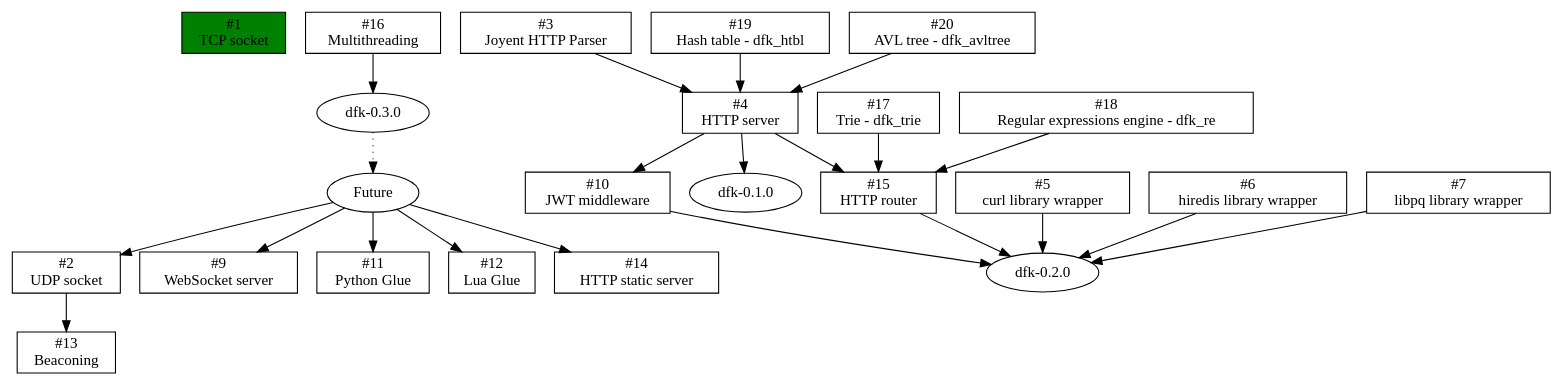
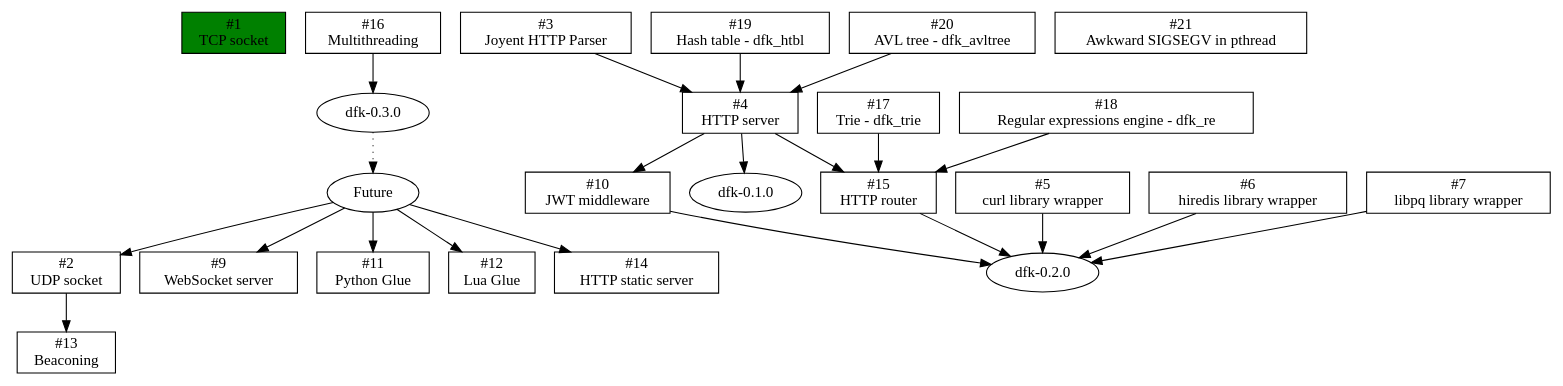
Before and after one commit to isn-/dfk: the diagram in doc/roadmap.dot, drawn with Graphviz.

Commit message:
bug: #21 - Awkward SIGSEGV in pthread

```diff
--- a/doc/roadmap.dot
+++ b/doc/roadmap.dot
@@ -1,69 +1,73 @@
 digraph "DFK Library Roadmap" {
   node [shape=box];
 
   tcp_socket [label="#1\nTCP socket" fillcolor=green style=filled];
   udp_socket [label="#2\nUDP socket"];
 
   http_parser [label="#3\nJoyent HTTP Parser"];
 
   http_server [label="#4\nHTTP server"];
     http_parser -> http_server
     htbl -> http_server
     avltree -> http_server
 
   curl [label="#5\ncurl library wrapper"];
 
   redis [label="#6\nhiredis library wrapper"];
 
   libpq [label="#7\nlibpq library wrapper"];
 
   ws [label="#9\nWebSocket server"];
 
   jwt [label="#10\nJWT middleware"];
     http_server -> jwt;
 
   python [label="#11\nPython Glue"];
   lua [label="#12\nLua Glue"];
 
   beacon [label="#13\nBeaconing"];
     udp_socket -> beacon;
 
   static [label="#14\nHTTP static server"];
 
   mt [label="#16\nMultithreading"];
 
   trie [label="#17\nTrie - dfk_trie"];
 
   re [label="#18\nRegular expressions engine - dfk_re"];
 
   htbl [label="#19\nHash table - dfk_htbl"];
 
   avltree [label="#20\nAVL tree - dfk_avltree"];
 
   router [label="#15\nHTTP router"];
     http_server -> router;
     trie -> router;
     re -> router;
 
+  bug [label="#21\nAwkward SIGSEGV in pthread"];
+  // Occur only in valgrind builds,
+  // Build examples: https://travis-ci.org/isn-/dfk/builds/140336836
+
   dfk010 [label="dfk-0.1.0" shape=oval];
     http_server -> dfk010
 
   dfk020 [label="dfk-0.2.0" shape=oval];
     jwt -> dfk020;
     redis -> dfk020;
     curl -> dfk020;
     libpq -> dfk020;
     router -> dfk020;
 
   dfk030 [label="dfk-0.3.0" shape=oval];
     mt -> dfk030;
 
   future [label="Future" shape=oval];
     dfk030 -> future [style=dotted];
 
   future -> udp_socket;
   future -> ws;
   future -> python;
   future -> lua;
   future -> static;
 }
```
